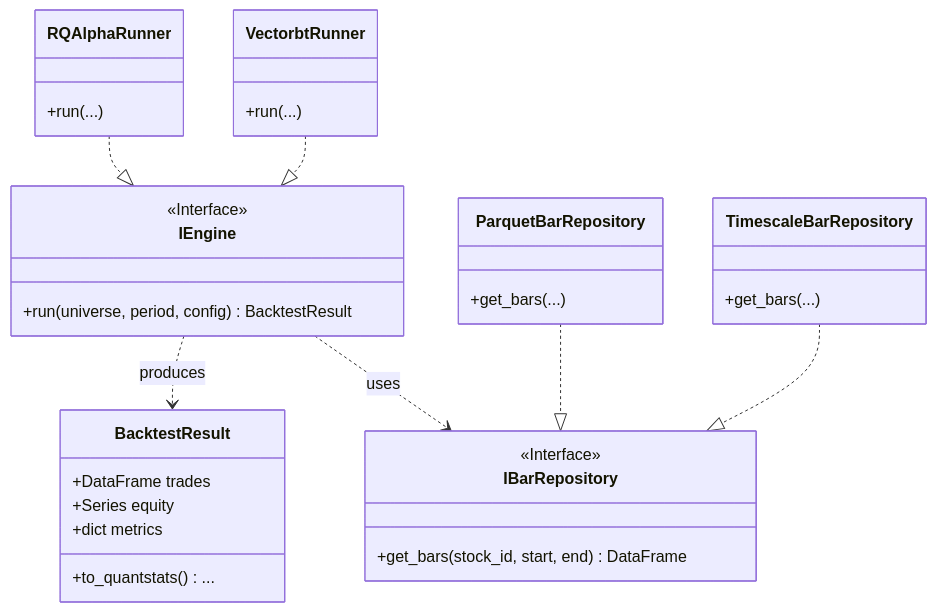
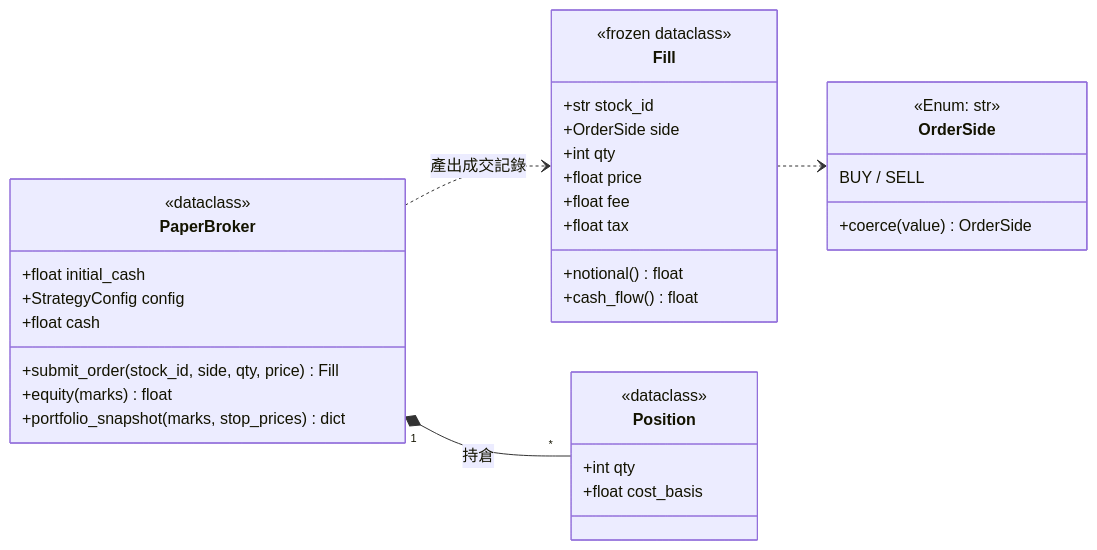
Before and after one commit to Zenobia000/Quantitative_Trading: the sixth of 7 diagrams in dev_docs/10_class_relationships_template.md, drawn with Mermaid. The commit also changed other lines of this file and 51 other files, not shown here.

````diff
--- a/dev_docs/10_class_relationships_template.md
+++ b/dev_docs/10_class_relationships_template.md
@@ -268,42 +347,42 @@
 ```mermaid
 classDiagram
-    class IEngine {
-        <<Interface>>
-        +run(universe, period, config) BacktestResult
+    direction LR
+
+    class PaperBroker {
+        <<dataclass>>
+        +float initial_cash
+        +StrategyConfig config
+        +float cash
+        +submit_order(stock_id, side, qty, price) Fill
+        +equity(marks) float
+        +portfolio_snapshot(marks, stop_prices) dict
     }
 
-    class RQAlphaRunner {
-        +run(...)
+    class Fill {
+        <<frozen dataclass>>
+        +str stock_id
+        +OrderSide side
+        +int qty
+        +float price
+        +float fee
+        +float tax
+        +notional() float
+        +cash_flow() float
     }
 
-    class VectorbtRunner {
-        +run(...)
+    class Position {
+        <<dataclass>>
+        +int qty
+        +float cost_basis
     }
 
-    class BacktestResult {
-        +DataFrame trades
-        +Series equity
-        +dict metrics
-        +to_quantstats() ...
+    class OrderSide {
+        <<Enum: str>>
+        BUY / SELL
+        +coerce(value) OrderSide
     }
 
-    class IBarRepository {
-        <<Interface>>
-        +get_bars(stock_id, start, end) DataFrame
-    }
-
-    class ParquetBarRepository {
-        +get_bars(...)
-    }
-
-    class TimescaleBarRepository {
-        +get_bars(...)
-    }
-
-    RQAlphaRunner ..|> IEngine
-    VectorbtRunner ..|> IEngine
-    IEngine ..> BacktestResult : produces
-    IEngine ..> IBarRepository : uses
-    ParquetBarRepository ..|> IBarRepository
-    TimescaleBarRepository ..|> IBarRepository
+    PaperBroker "1" *-- "*" Position : 持倉
+    PaperBroker ..> Fill : 產出成交記錄
+    Fill ..> OrderSide
 ```
````
